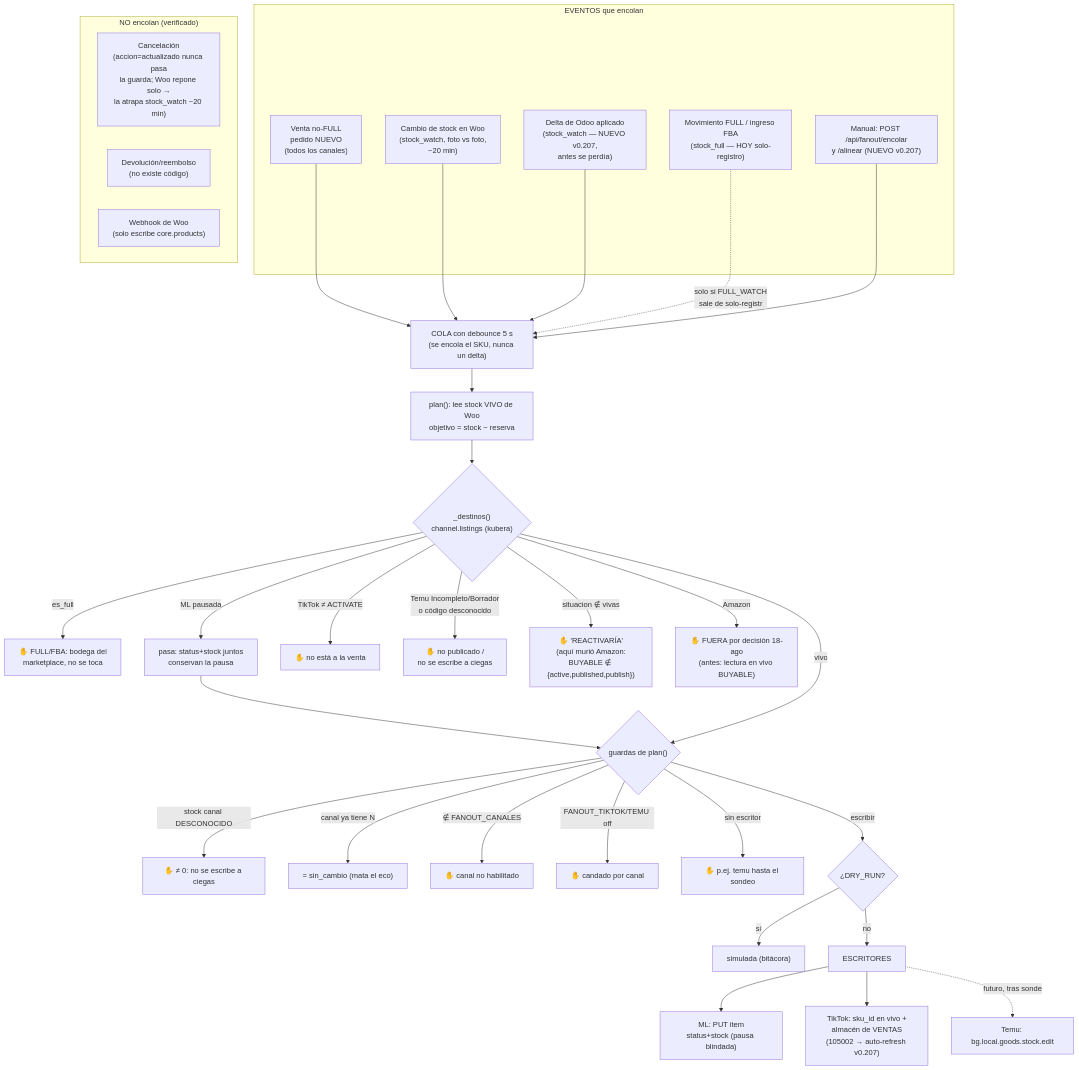
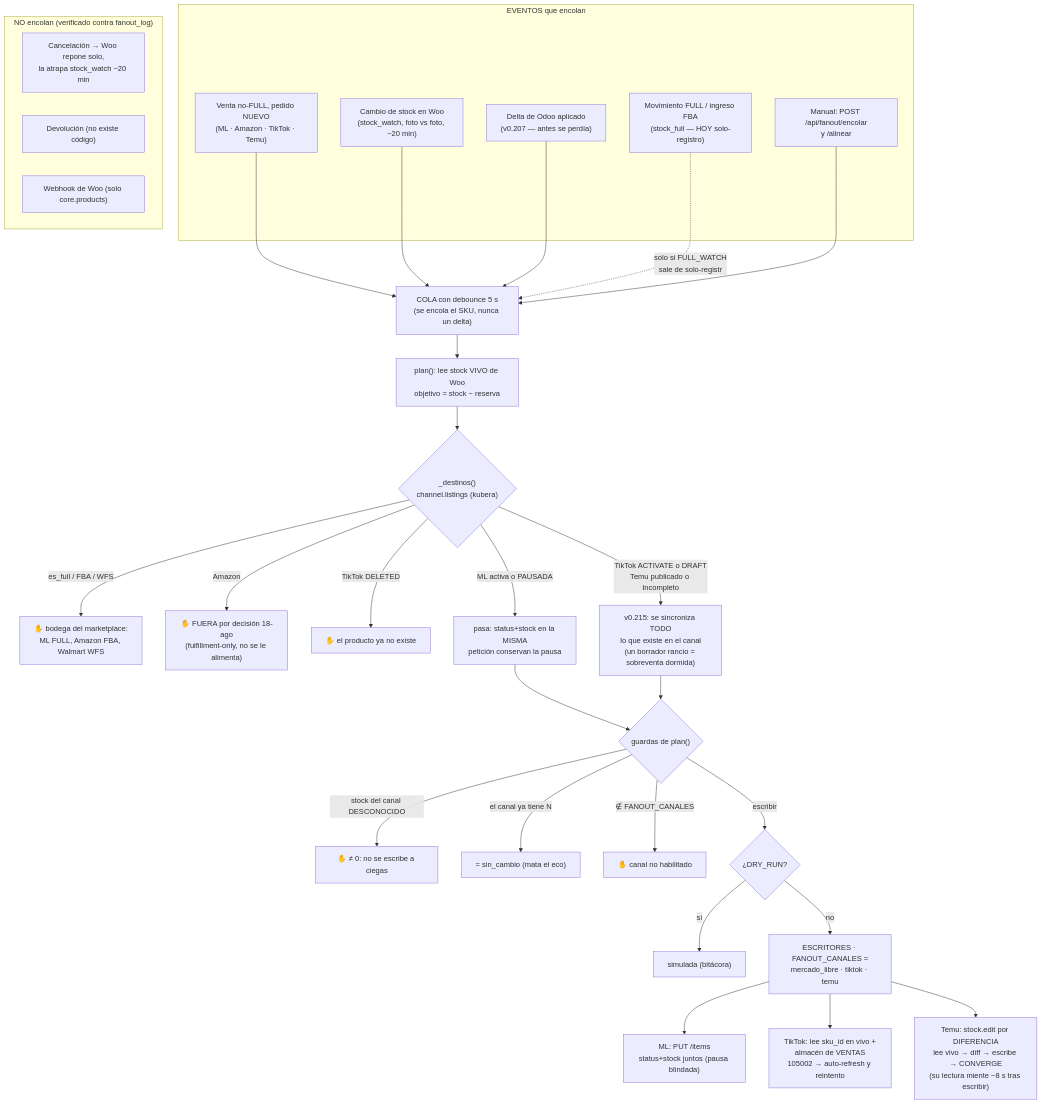
One commit to Hixen9kubera/OMNICANAL changed the diagram in docs/AUDITORIA_FANOUT.md. Above: the diagram before and after it, drawn with Mermaid. The commit also changed other lines of this file and 1 other file, not shown here.

Commit message:
v0.215.1 Dos negativas de canal que no son errores nuestros
Alineacion total: 1,121 publicaciones, 37 escrituras, 0 fallos de proceso.
Quedaron 5 rechazos y son limites del canal:

- Temu rechaza stock.edit en BORRADORES (5/None): "Goods commit have not
  submitted". Los Incompletos (2/8, 3/2, 3/3) si aceptan (canario TEC-2187-MET).
  Ahora los borradores se omiten con motivo en vez de acumular errores.
- TikTok niega 3 productos con 12052901 pese a que su GET los reporta en DRAFT.
  El texto real ocupa 300 chars y fanout_log corta en 255: se resume a una linea.

Los 5 son stock fantasma que la API no puede bajar; se corrigen en cada
Seller Center. Ademas: diagrama de docs/AUDITORIA_FANOUT.md actualizado al
estado final (3 escritores DROP, Amazon fuera, se sincroniza todo lo que existe).

````diff
--- a/docs/AUDITORIA_FANOUT.md
+++ b/docs/AUDITORIA_FANOUT.md
@@ -31,48 +38,44 @@
 ```mermaid
 flowchart TB
     subgraph EVENTOS["EVENTOS que encolan"]
-        V["Venta no-FULL<br/>pedido NUEVO<br/>(todos los canales)"]
-        W["Cambio de stock en Woo<br/>(stock_watch, foto vs foto,<br/>~20 min)"]
-        OD["Delta de Odoo aplicado<br/>(stock_watch — NUEVO v0.207,<br/>antes se perdía)"]
+        V["Venta no-FULL, pedido NUEVO<br/>(ML · Amazon · TikTok · Temu)"]
+        W["Cambio de stock en Woo<br/>(stock_watch, foto vs foto, ~20 min)"]
+        OD["Delta de Odoo aplicado<br/>(v0.207 — antes se perdía)"]
         F["Movimiento FULL / ingreso FBA<br/>(stock_full — HOY solo-registro)"]
-        M["Manual: POST /api/fanout/encolar<br/>y /alinear (NUEVO v0.207)"]
+        M["Manual: POST /api/fanout/encolar<br/>y /alinear"]
     end
 
-    subgraph NOENTRA["NO encolan (verificado)"]
-        C1["Cancelación<br/>(accion=actualizado nunca pasa<br/>la guarda; Woo repone solo →<br/>la atrapa stock_watch ~20 min)"]
-        C2["Devolución/reembolso<br/>(no existe código)"]
-        C3["Webhook de Woo<br/>(solo escribe core.products)"]
+    subgraph NOENTRA["NO encolan (verificado contra fanout_log)"]
+        C1["Cancelación → Woo repone solo,<br/>la atrapa stock_watch ~20 min"]
+        C2["Devolución (no existe código)"]
+        C3["Webhook de Woo (solo core.products)"]
     end
 
     V --> Q
     W --> Q
     OD --> Q
     F -.solo si FULL_WATCH<br/>sale de solo-registro.-> Q
     M --> Q
 
     Q["COLA con debounce 5 s<br/>(se encola el SKU, nunca un delta)"] --> P
-
     P["plan(): lee stock VIVO de Woo<br/>objetivo = stock − reserva"] --> D{"_destinos()<br/>channel.listings (kubera)"}
 
-    D -->|es_full| X1["✋ FULL/FBA: bodega del<br/>marketplace, no se toca"]
-    D -->|ML pausada| MLP["pasa: status+stock juntos<br/>conservan la pausa"]
-    D -->|TikTok ≠ ACTIVATE| X2["✋ no está a la venta"]
-    D -->|Temu Incompleto/Borrador<br/>o código desconocido| X3["✋ no publicado /<br/>no se escribe a ciegas"]
-    D -->|situacion ∉ vivas| X4["✋ 'REACTIVARÍA'<br/>(aquí murió Amazon:<br/>BUYABLE ∉ {active,published,publish})"]
-    D -->|Amazon| X5["✋ FUERA por decisión 18-ago<br/>(antes: lectura en vivo BUYABLE)"]
+    D -->|"es_full / FBA / WFS"| X1["✋ bodega del marketplace:<br/>ML FULL, Amazon FBA, Walmart WFS"]
+    D -->|Amazon| X5["✋ FUERA por decisión 18-ago<br/>(fulfillment-only, no se le alimenta)"]
+    D -->|"TikTok DELETED"| X2["✋ el producto ya no existe"]
+    D -->|"ML activa o PAUSADA"| MLP["pasa: status+stock en la MISMA<br/>petición conservan la pausa"]
+    D -->|"TikTok ACTIVATE o DRAFT<br/>Temu publicado o Incompleto"| TODO["v0.215: se sincroniza TODO<br/>lo que existe en el canal<br/>(un borrador rancio = sobreventa dormida)"]
 
     MLP --> G
-    D -->|vivo| G{"guardas de plan()"}
-    G -->|"stock canal DESCONOCIDO"| X6["✋ ≠ 0: no se escribe a ciegas"]
-    G -->|"canal ya tiene N"| X7["= sin_cambio (mata el eco)"]
+    TODO --> G{"guardas de plan()"}
+    G -->|"stock del canal DESCONOCIDO"| X6["✋ ≠ 0: no se escribe a ciegas"]
+    G -->|"el canal ya tiene N"| X7["= sin_cambio (mata el eco)"]
     G -->|"∉ FANOUT_CANALES"| X8["✋ canal no habilitado"]
-    G -->|"FANOUT_TIKTOK/TEMU off"| X9["✋ candado por canal"]
-    G -->|sin escritor| X10["✋ p.ej. temu hasta el sondeo"]
     G -->|escribir| E{"¿DRY_RUN?"}
 
     E -->|sí| S["simulada (bitácora)"]
-    E -->|no| ESC["ESCRITORES"]
-    ESC --> ML["ML: PUT item<br/>status+stock (pausa blindada)"]
-    ESC --> TK["TikTok: sku_id en vivo +<br/>almacén de VENTAS<br/>(105002 → auto-refresh v0.207)"]
-    ESC -.futuro, tras sondeo.-> TM["Temu: bg.local.goods.stock.edit"]
+    E -->|no| ESC["ESCRITORES · FANOUT_CANALES =<br/>mercado_libre · tiktok · temu"]
+    ESC --> ML2["ML: PUT /items<br/>status+stock juntos (pausa blindada)"]
+    ESC --> TK["TikTok: lee sku_id en vivo +<br/>almacén de VENTAS<br/>105002 → auto-refresh y reintento"]
+    ESC --> TM["Temu: stock.edit por DIFERENCIA<br/>lee vivo → diff → escribe → CONVERGE<br/>(su lectura miente ~8 s tras escribir)"]
 ```
````
